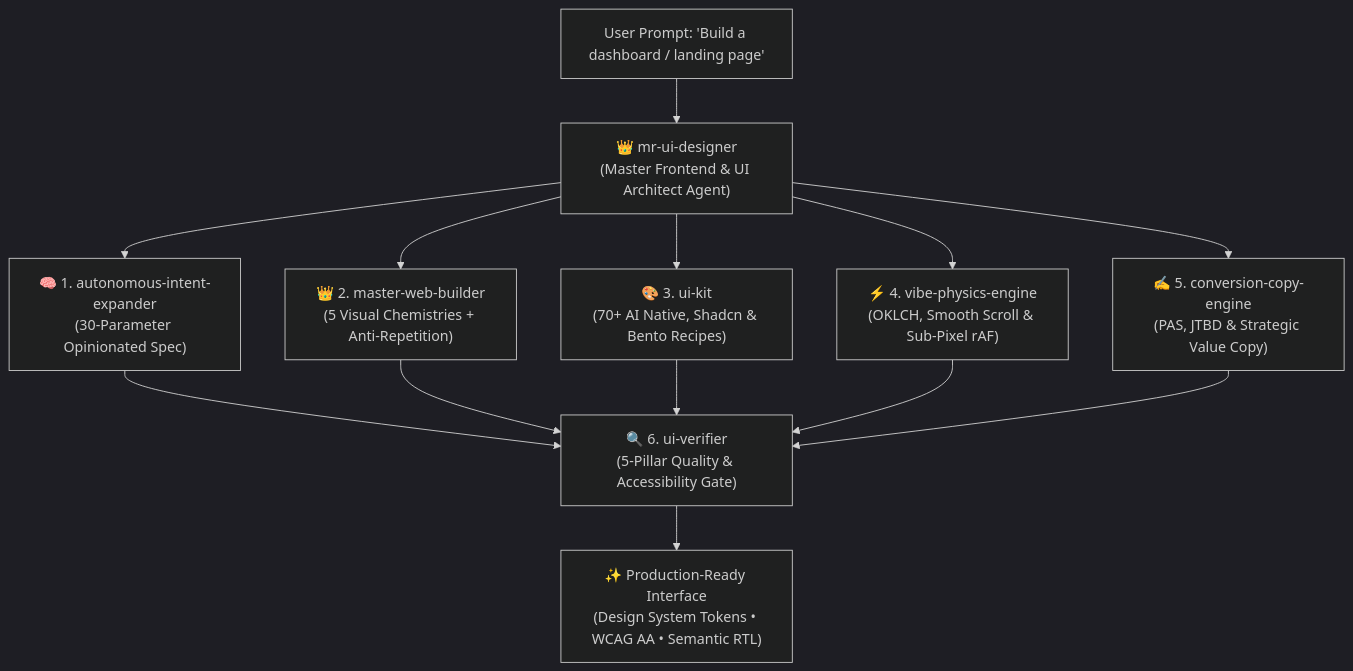
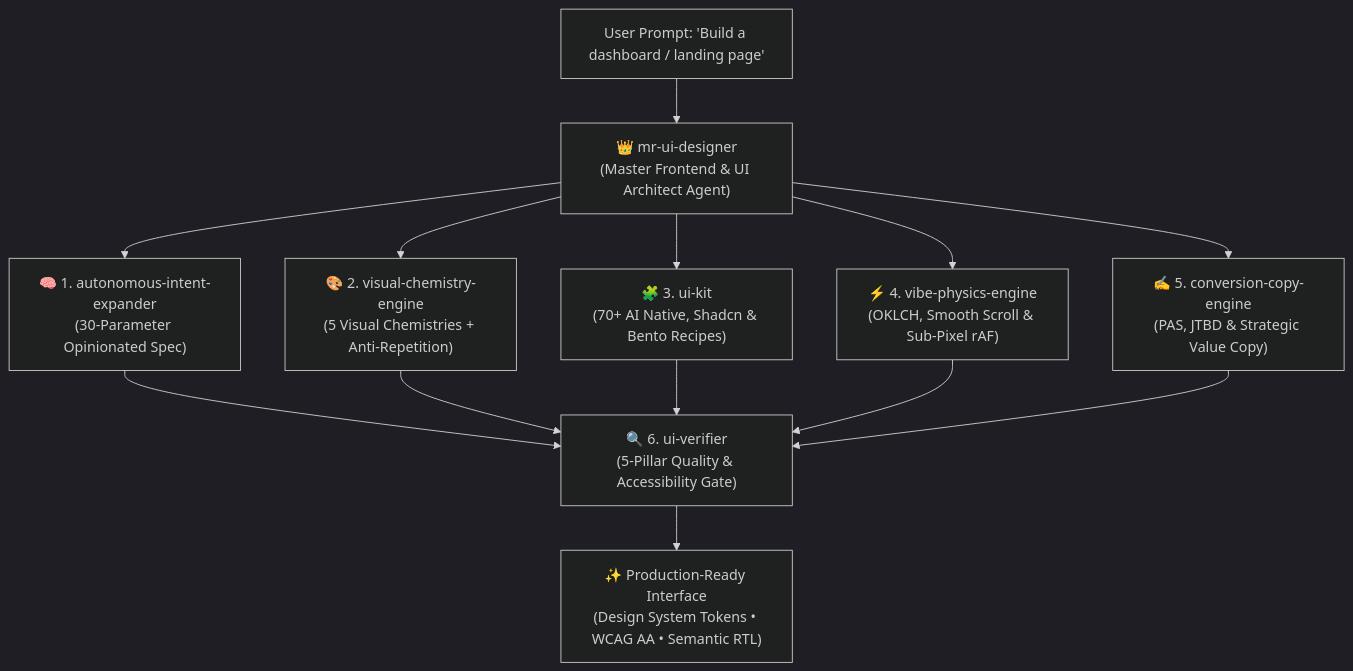
One commit to omid-io/vibe-ui-skills changed the diagram in README.md. Above: the diagram before and after it, drawn with Mermaid (dark theme). The commit also changed other lines of this file and 11 other files, not shown here.

Commit message:
feat(v2.2): rename to visual-chemistry-engine, add evals runner, WCAG 2.2 AA fixes, delta-time physics & THIRD_PARTY_NOTICES

````diff
--- a/README.md
+++ b/README.md
@@ -48,11 +48,11 @@
 ```mermaid
 flowchart TD
     UserPrompt["User Prompt: 'Build a dashboard / landing page'"] --> MasterAgent["👑 mr-ui-designer\n(Master Frontend & UI Architect Agent)"]
     MasterAgent --> Expander["🧠 1. autonomous-intent-expander\n(30-Parameter Opinionated Spec)"]
-    MasterAgent --> VisualEngine["👑 2. master-web-builder\n(5 Visual Chemistries + Anti-Repetition)"]
-    MasterAgent --> UIComponents["🎨 3. ui-kit\n(70+ AI Native, Shadcn & Bento Recipes)"]
+    MasterAgent --> VisualEngine["🎨 2. visual-chemistry-engine\n(5 Visual Chemistries + Anti-Repetition)"]
+    MasterAgent --> UIComponents["🧩 3. ui-kit\n(70+ AI Native, Shadcn & Bento Recipes)"]
     MasterAgent --> Physics["⚡ 4. vibe-physics-engine\n(OKLCH, Smooth Scroll & Sub-Pixel rAF)"]
     MasterAgent --> Copy["✍️ 5. conversion-copy-engine\n(PAS, JTBD & Strategic Value Copy)"]
     Expander & VisualEngine & UIComponents & Physics & Copy --> Verifier["🔍 6. ui-verifier\n(5-Pillar Quality & Accessibility Gate)"]
     Verifier --> Masterpiece["✨ Production-Ready Interface\n(Design System Tokens • WCAG AA • Semantic RTL)"]
 ```
````
